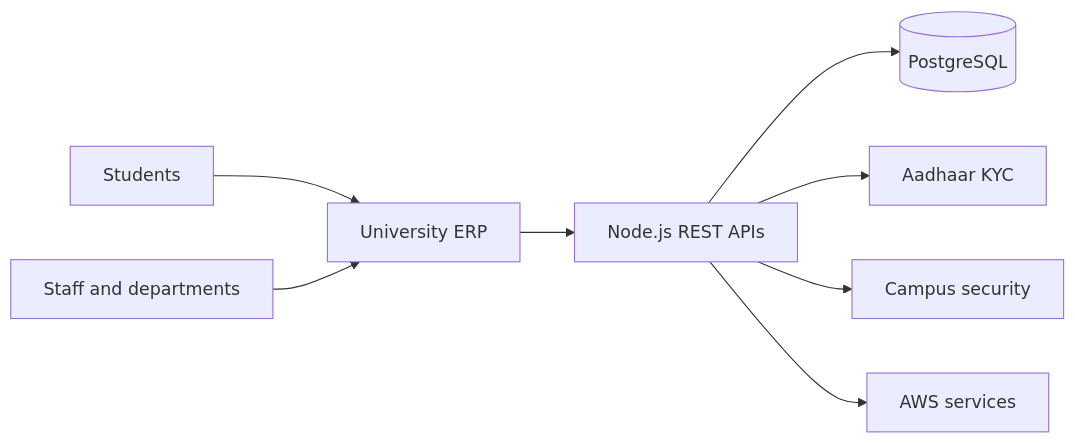
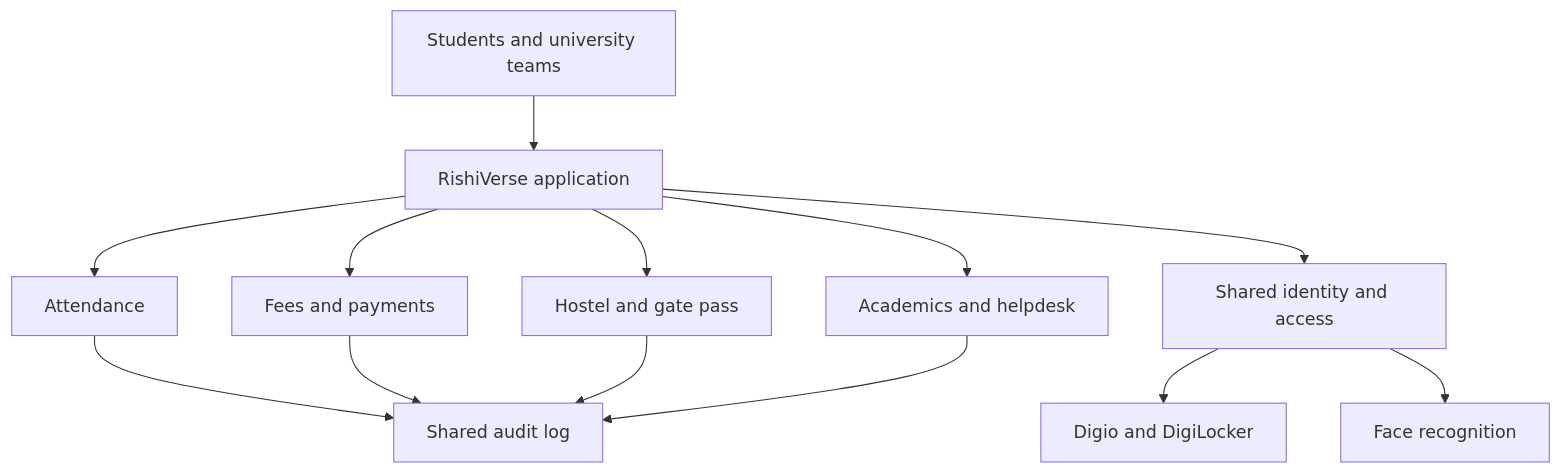
Before and after one commit to Newton-School/newtonschool-studio: the diagram in content/case-studies/rishiverse.md, drawn with Mermaid. The commit also changed other lines of this file and 3 other files, not shown here.

````diff
--- a/content/case-studies/rishiverse.md
+++ b/content/case-studies/rishiverse.md
@@ -52,10 +56,15 @@
 ```mermaid
-flowchart LR
-  Students[Students] --> ERP[University ERP]
-  Staff[Staff and departments] --> ERP
-  ERP --> API[Node.js REST APIs]
-  API --> DB[(PostgreSQL)]
-  API --> KYC[Aadhaar KYC]
-  API --> Security[Campus security]
-  API --> Cloud[AWS services]
+flowchart TB
+  U[Students and university teams] --> A[RishiVerse application]
+  A --> B[Attendance]
+  A --> C[Fees and payments]
+  A --> D[Hostel and gate pass]
+  A --> E[Academics and helpdesk]
+  A --> F[Shared identity and access]
+  F --> G[Digio and DigiLocker]
+  F --> H[Face recognition]
+  B --> I[Shared audit log]
+  C --> I
+  D --> I
+  E --> I
 ```
````
